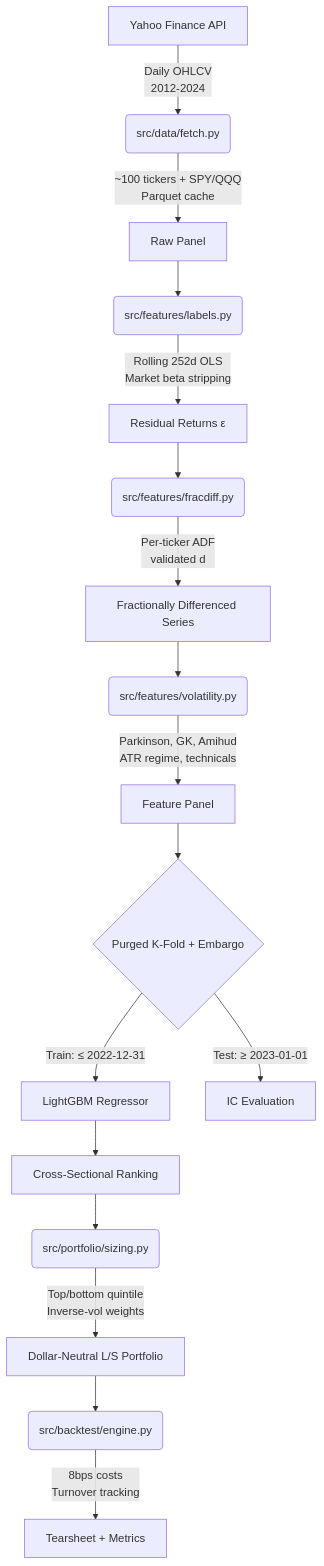
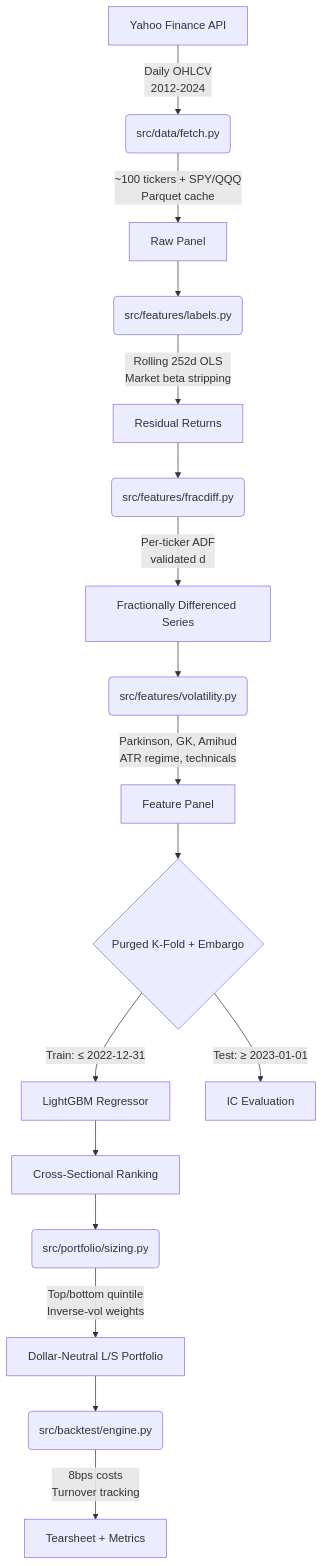
One commit to Manthan-Sagar/StockAnalysis changed the diagram in README.md. Above: the diagram before and after it, drawn with Mermaid. The commit also changed other lines of this file, not shown here.

````diff
--- a/README.md
+++ b/README.md
@@ -41,19 +40,19 @@
 ```mermaid
 flowchart TD
     A[Yahoo Finance API] -->|Daily OHLCV<br>2012-2024| B(src/data/fetch.py)
     B -->|~100 tickers + SPY/QQQ<br>Parquet cache| C[Raw Panel]
     C --> D(src/features/labels.py)
-    D -->|Rolling 252d OLS<br>Market beta stripping| E[Residual Returns ε]
+    D -->|Rolling 252d OLS<br>Market beta stripping| E[Residual Returns]
     E --> F(src/features/fracdiff.py)
     F -->|Per-ticker ADF<br>validated d| G[Fractionally Differenced Series]
     G --> H(src/features/volatility.py)
     H -->|Parkinson, GK, Amihud<br>ATR regime, technicals| I[Feature Panel]
     I --> J{Purged K-Fold + Embargo}
     J -->|Train: ≤ 2022-12-31| K[LightGBM Regressor]
     J -->|Test: ≥ 2023-01-01| L[IC Evaluation]
     K --> M[Cross-Sectional Ranking]
     M --> N(src/portfolio/sizing.py)
     N -->|Top/bottom quintile<br>Inverse-vol weights| O[Dollar-Neutral L/S Portfolio]
     O --> P(src/backtest/engine.py)
     P -->|8bps costs<br>Turnover tracking| Q[Tearsheet + Metrics]
 ```
````
